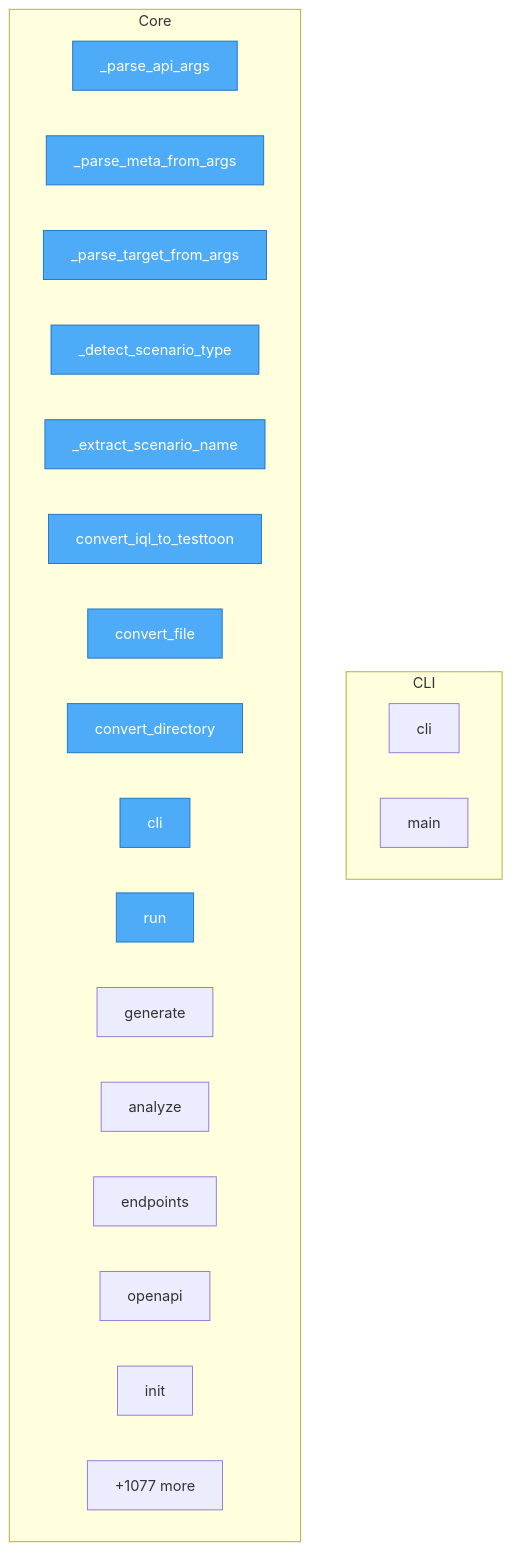
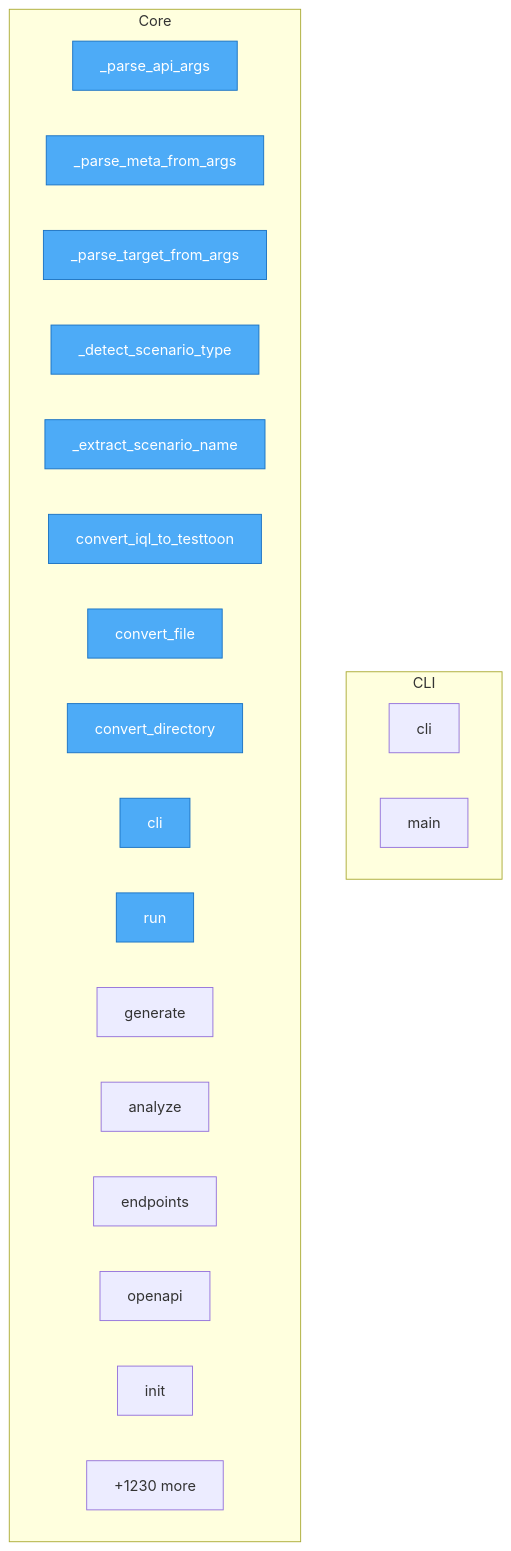
The diagram in project/flow.mmd (oqlos/testql), drawn with Mermaid before and after one commit. The commit also changed 54 other files, not shown here.

```diff
--- a/project/flow.mmd
+++ b/project/flow.mmd
@@ -1,30 +1,30 @@
 flowchart TD
 
     %% Entry points (blue)
     classDef entry fill:#4dabf7,stroke:#1971c2,color:#fff
 
     subgraph CLI
         testql__cli__cli["cli"]
         testql__cli__main["main"]
     end
 
     subgraph Core
         code2llm_output__map__toon___parse_api_args["_parse_api_args"]
         code2llm_output__map__toon___parse_meta_from_args["_parse_meta_from_args"]
         code2llm_output__map__toon___parse_target_from_args["_parse_target_from_args"]
         code2llm_output__map__toon___detect_scenario_type["_detect_scenario_type"]
         code2llm_output__map__toon___extract_scenario_name["_extract_scenario_name"]
         code2llm_output__map__toon__convert_iql_to_testtoon["convert_iql_to_testtoon"]
         code2llm_output__map__toon__convert_file["convert_file"]
         code2llm_output__map__toon__convert_directory["convert_directory"]
         code2llm_output__map__toon__cli["cli"]
         code2llm_output__map__toon__run["run"]
         code2llm_output__map__toon__generate["generate"]
         code2llm_output__map__toon__analyze["analyze"]
         code2llm_output__map__toon__endpoints["endpoints"]
         code2llm_output__map__toon__openapi["openapi"]
         code2llm_output__map__toon__init["init"]
-        ...["+1077 more"]
+        ...["+1230 more"]
     end
 
     class code2llm_output__map__toon___parse_api_args,code2llm_output__map__toon___parse_meta_from_args,code2llm_output__map__toon___parse_target_from_args,code2llm_output__map__toon___detect_scenario_type,code2llm_output__map__toon___extract_scenario_name,code2llm_output__map__toon__convert_iql_to_testtoon,code2llm_output__map__toon__convert_file,code2llm_output__map__toon__convert_directory,code2llm_output__map__toon__cli,code2llm_output__map__toon__run entry
```
